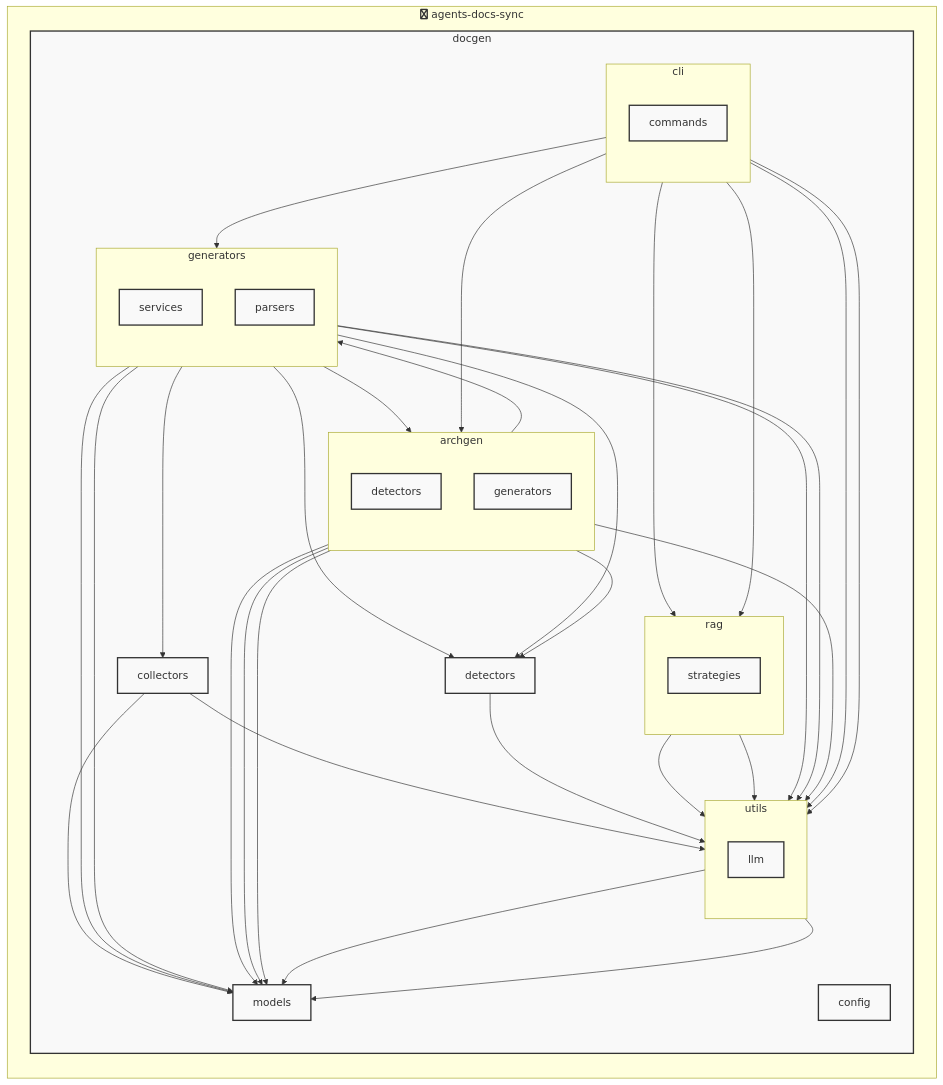
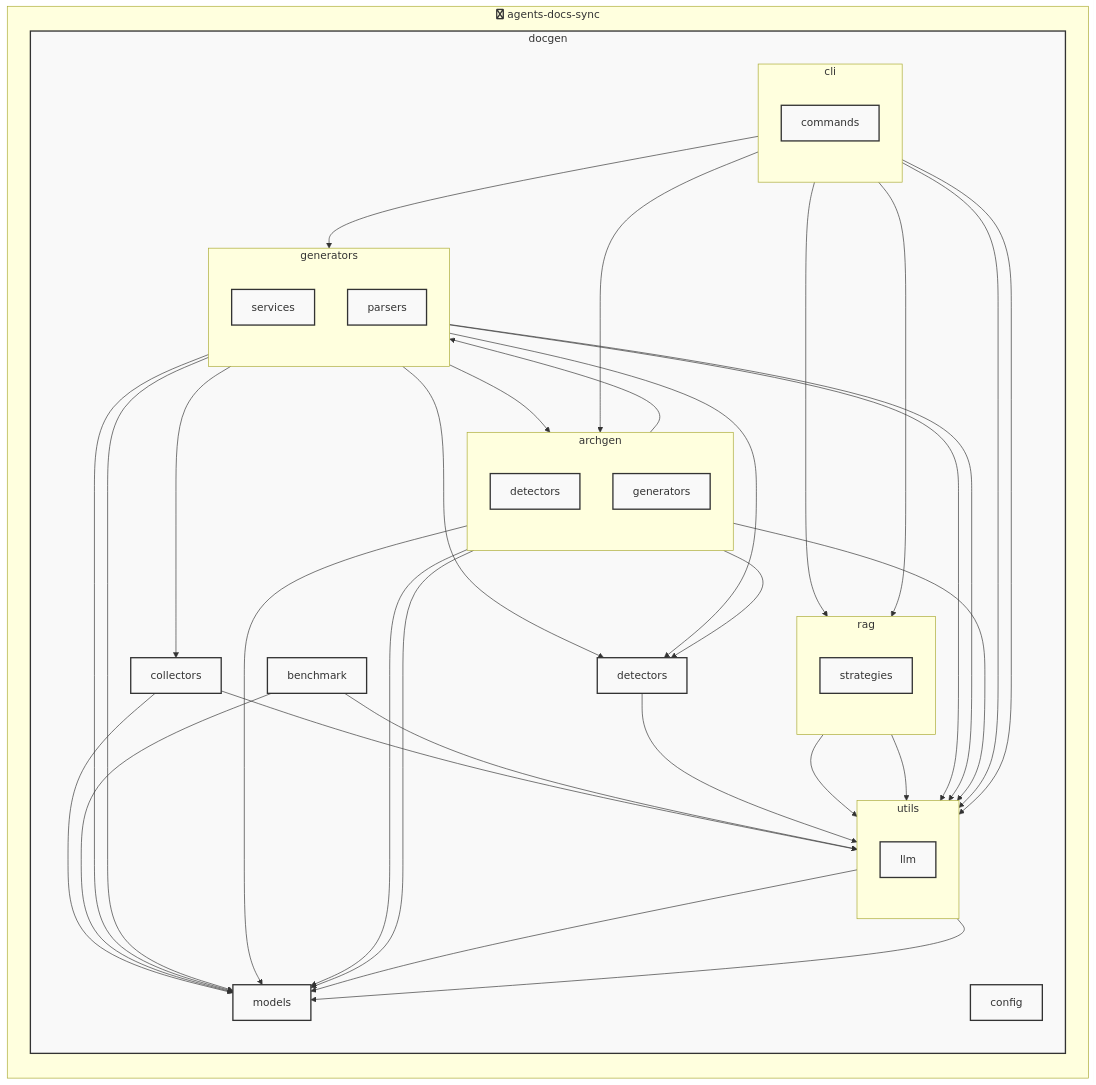
One commit to shiohamu/agents-docs-sync changed the diagram in docs/architecture/architecture.mmd. Above: the diagram before and after it, drawn with Mermaid. The commit also changed 24 other files, not shown here.

```diff
--- a/docs/architecture/architecture.mmd
+++ b/docs/architecture/architecture.mmd
@@ -1,74 +1,77 @@
 graph TB
     %% Auto-generated architecture diagram
 
     subgraph agents_docs_sync [fa:fa-python agents-docs-sync]
         direction TB
         subgraph docgen [docgen]
             direction TB
             docgen_collectors["collectors"]:::moduleStyle
             subgraph docgen_utils [utils]
                 direction TB
                 docgen_utils_llm["llm"]:::moduleStyle
             end
             class docgen_utils moduleStyle
             subgraph docgen_cli [cli]
                 direction TB
                 docgen_cli_commands["commands"]:::moduleStyle
             end
             class docgen_cli moduleStyle
             docgen_models["models"]:::moduleStyle
             subgraph docgen_archgen [archgen]
                 direction TB
                 docgen_archgen_detectors["detectors"]:::moduleStyle
                 docgen_archgen_generators["generators"]:::moduleStyle
             end
             class docgen_archgen moduleStyle
+            docgen_benchmark["benchmark"]:::moduleStyle
             docgen_detectors["detectors"]:::moduleStyle
             subgraph docgen_generators [generators]
                 direction TB
                 docgen_generators_services["services"]:::moduleStyle
                 docgen_generators_parsers["parsers"]:::moduleStyle
             end
             class docgen_generators moduleStyle
             subgraph docgen_rag [rag]
                 direction TB
                 docgen_rag_strategies["strategies"]:::moduleStyle
             end
             class docgen_rag moduleStyle
             docgen_config["config"]:::moduleStyle
         end
         class docgen moduleStyle
     end
 
     docgen_collectors --> docgen_models
     docgen_collectors --> docgen_utils
     docgen_utils --> docgen_models
     docgen_utils_llm --> docgen_models
     docgen_cli --> docgen_archgen
     docgen_cli --> docgen_generators
     docgen_cli --> docgen_rag
     docgen_cli --> docgen_utils
     docgen_cli_commands --> docgen_rag
     docgen_cli_commands --> docgen_utils
     docgen_archgen --> docgen_detectors
     docgen_archgen --> docgen_generators
     docgen_archgen --> docgen_models
     docgen_archgen --> docgen_utils
     docgen_archgen_detectors --> docgen_models
     docgen_archgen_generators --> docgen_models
+    docgen_benchmark --> docgen_models
+    docgen_benchmark --> docgen_utils
     docgen_detectors --> docgen_utils
     docgen_generators --> docgen_archgen
     docgen_generators --> docgen_collectors
     docgen_generators --> docgen_detectors
     docgen_generators --> docgen_models
     docgen_generators --> docgen_utils
     docgen_generators_parsers --> docgen_detectors
     docgen_generators_parsers --> docgen_models
     docgen_generators_parsers --> docgen_utils
     docgen_rag --> docgen_utils
     docgen_rag_strategies --> docgen_utils
 
     classDef pythonStyle fill:#3776ab,stroke:#ffd43b,stroke-width:2px,color:#fff
     classDef dockerStyle fill:#2496ed,stroke:#1d63ed,stroke-width:2px,color:#fff
     classDef dbStyle fill:#336791,stroke:#6b9cd6,stroke-width:2px,color:#fff
     classDef moduleStyle fill:#f9f9f9,stroke:#333,stroke-width:2px
```
